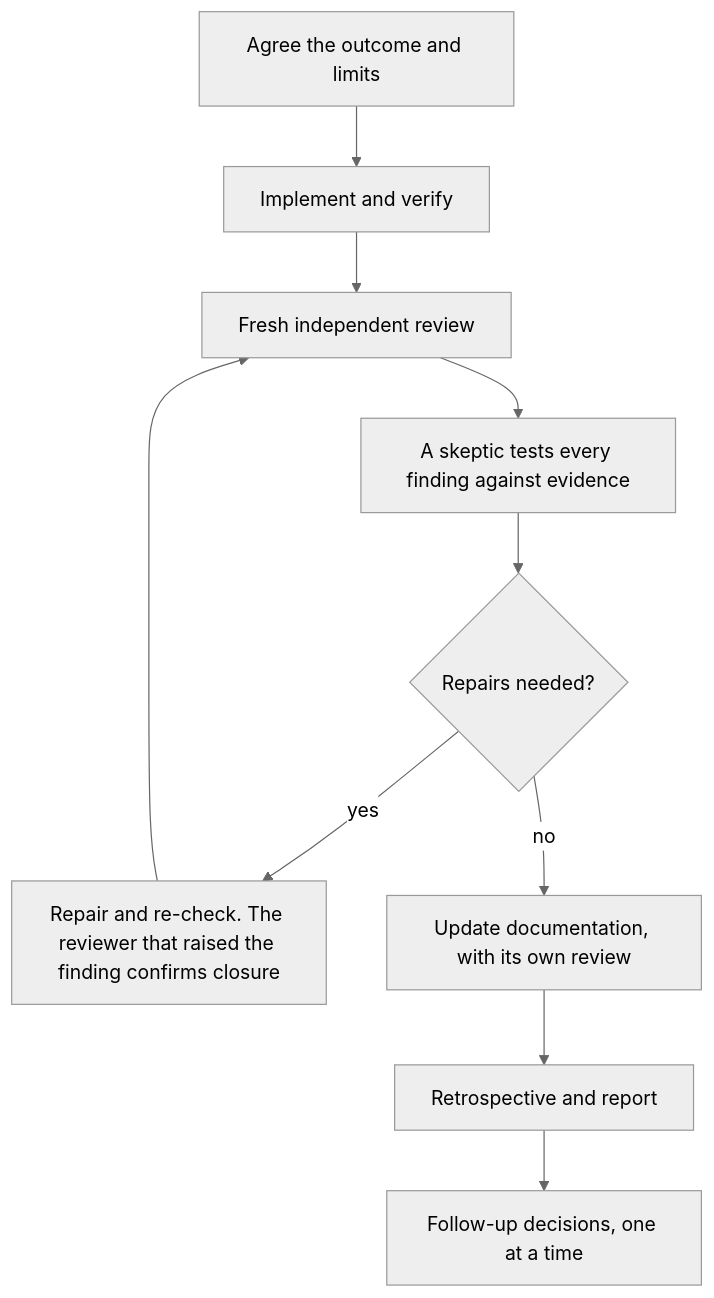
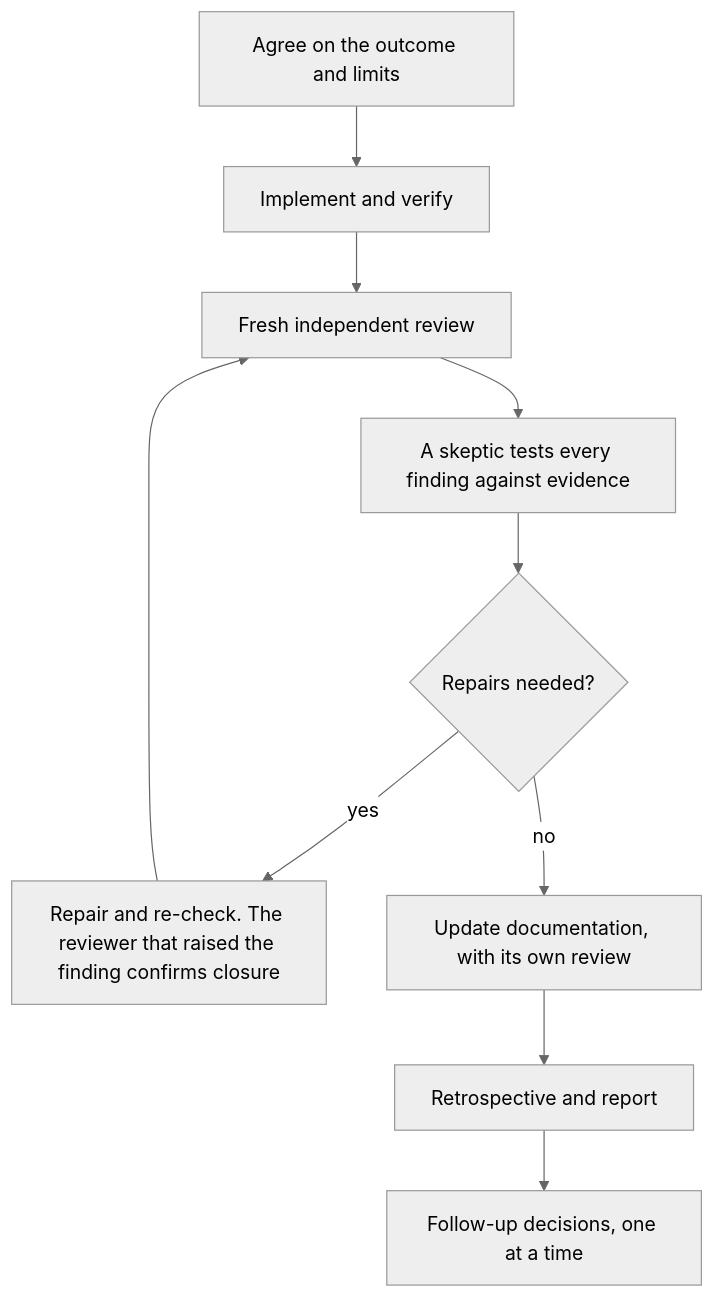
Before and after one commit to astenlund/nightshift: the diagram in README.md, drawn with Mermaid (neutral theme). The commit also changed other lines of this file, not shown here.

````diff
--- a/README.md
+++ b/README.md
@@ -21,12 +21,12 @@
 ```mermaid
 flowchart TD
-    A["Agree the outcome and limits"] --> B["Implement and verify"]
+    A["Agree on the outcome and limits"] --> B["Implement and verify"]
     B --> C["Fresh independent review"]
     C --> D["A skeptic tests every finding against evidence"]
     D --> E{"Repairs needed?"}
     E -->|yes| F["Repair and re-check. The reviewer that raised the finding confirms closure"]
     F --> C
     E -->|no| G["Update documentation, with its own review"]
     G --> H["Retrospective and report"]
     H --> I["Follow-up decisions, one at a time"]
 ```
````
